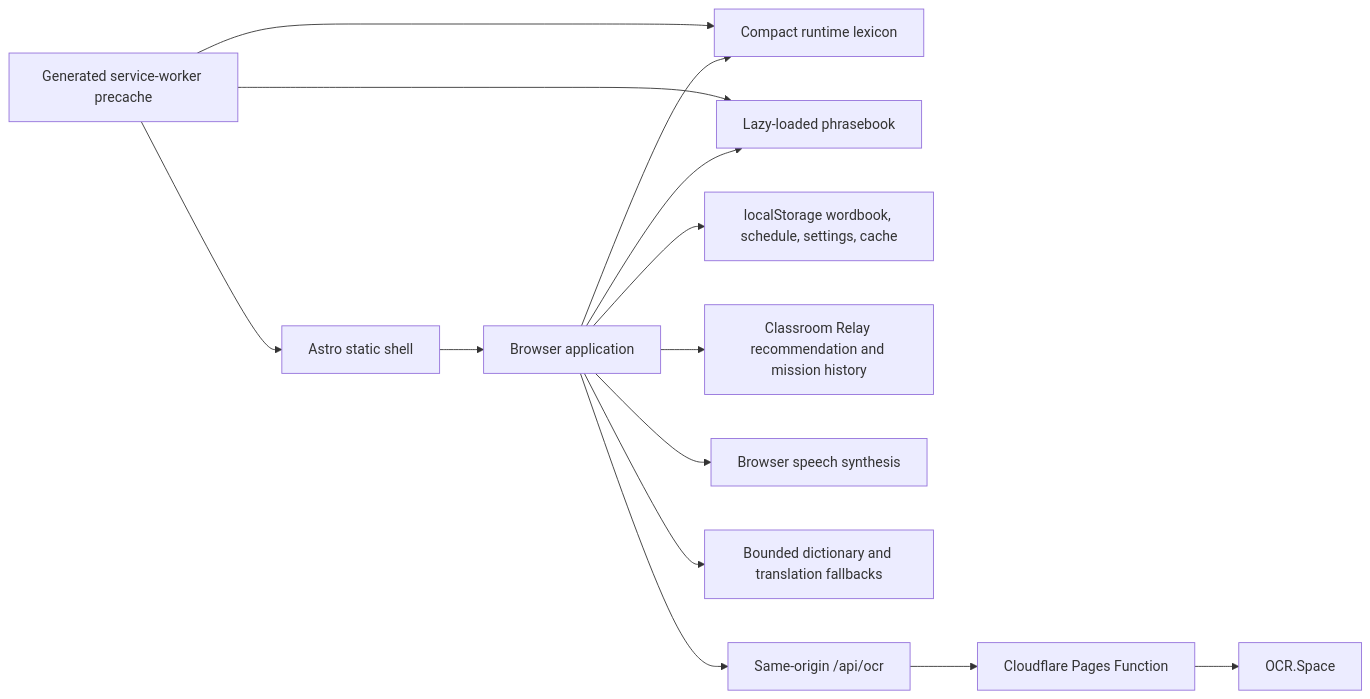
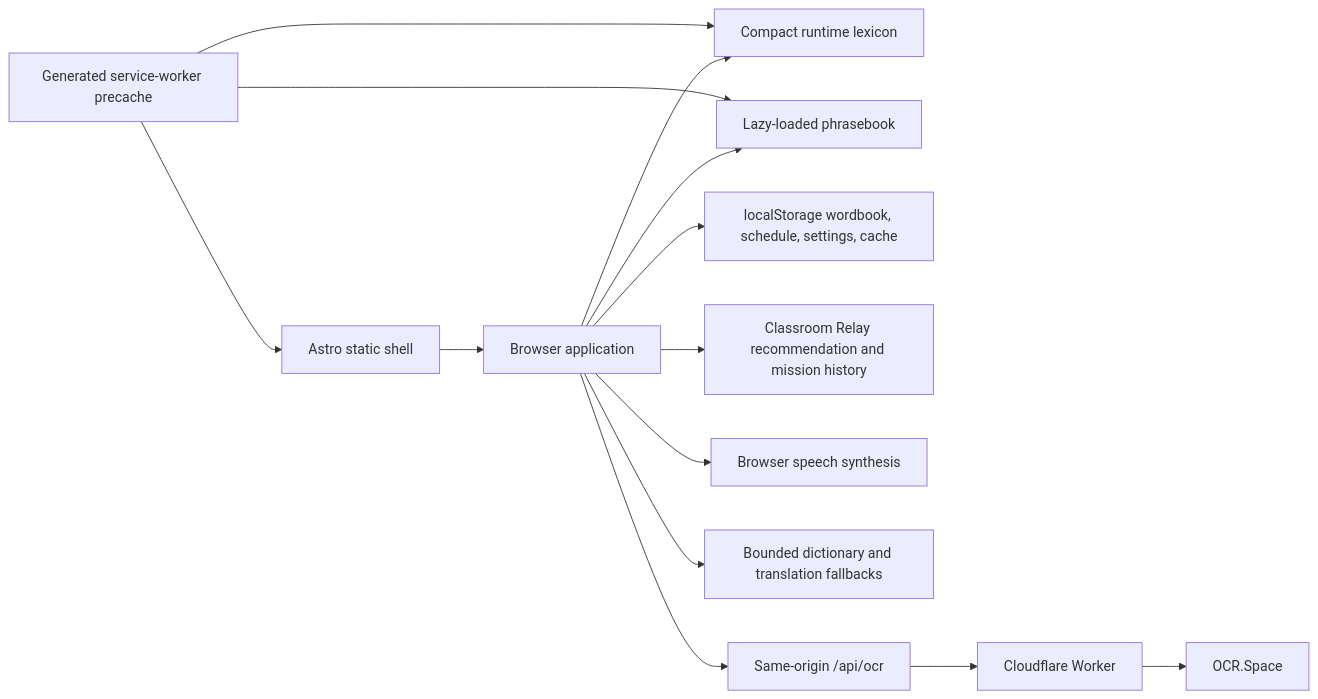
Before and after one commit to VeteranXYZ/LuciaDictionary: the diagram in README.md, drawn with Mermaid. The commit also changed other lines of this file and 33 other files, not shown here.

Commit message:
Migrate OCR deployment to Cloudflare Worker

````diff
--- a/README.md
+++ b/README.md
@@ -46,16 +46,16 @@
 ```mermaid
 flowchart LR
   A["Astro static shell"] --> B["Browser application"]
   B --> C["Compact runtime lexicon"]
   B --> D["Lazy-loaded phrasebook"]
   B --> E["localStorage wordbook, schedule, settings, cache"]
   B --> L["Classroom Relay recommendation and mission history"]
   B --> F["Browser speech synthesis"]
   B --> G["Bounded dictionary and translation fallbacks"]
   B --> H["Same-origin /api/ocr"]
-  H --> I["Cloudflare Pages Function"]
+  H --> I["Cloudflare Worker"]
   I --> J["OCR.Space"]
   K["Generated service-worker precache"] --> A
   K --> C
   K --> D
 ```
````
